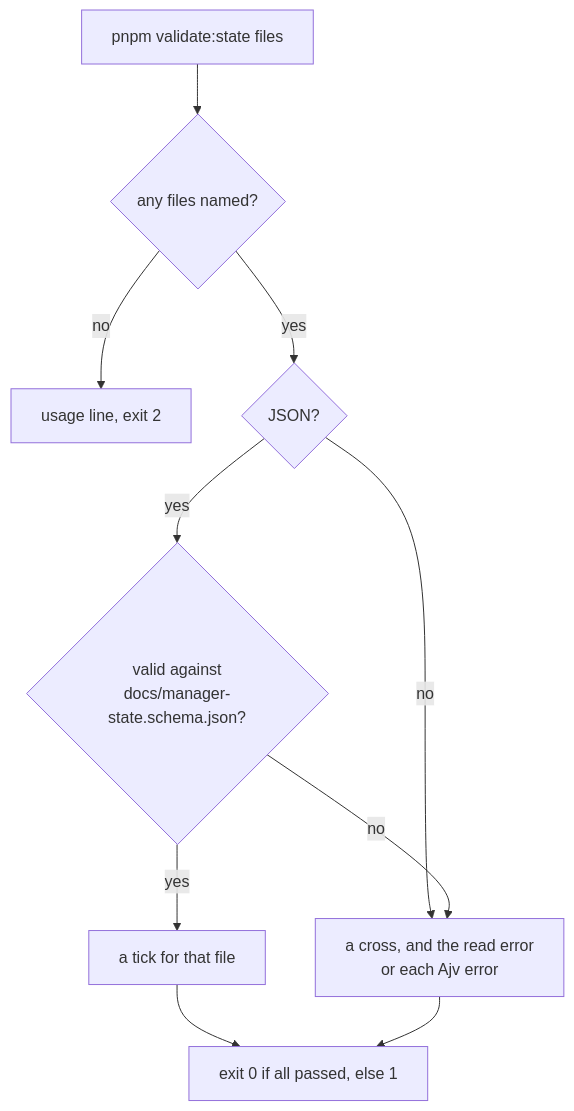
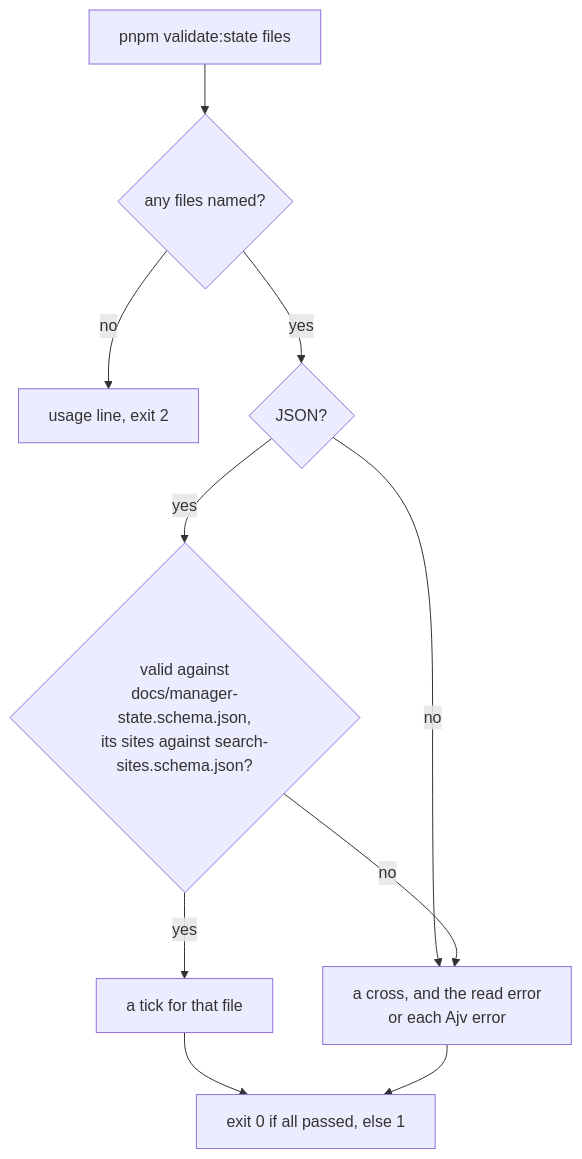
Before and after one commit to cutenode/localnetwork: the ninth of 9 diagrams in apps/localtoolbox/docs/diagrams/state.md, drawn with Mermaid. The commit also changed other lines of this file and 1 other file, not shown here.

First line of the commit message:
docs(localtoolbox): add the search sites to the import, validation and settings diagrams

````diff
--- a/apps/localtoolbox/docs/diagrams/state.md
+++ b/apps/localtoolbox/docs/diagrams/state.md
@@ -253,21 +253,21 @@
 ```mermaid
 flowchart TD
   Run["pnpm validate:state files"]
   Any{"any files named?"}
   Usage["usage line, exit 2"]
   Parse{"JSON?"}
-  Ajv{"valid against<br/>docs/manager-state.schema.json?"}
+  Ajv{"valid against<br/>docs/manager-state.schema.json,<br/>its sites against search-sites.schema.json?"}
   Good["a tick for that file"]
   Bad["a cross, and the read error<br/>or each Ajv error"]
   Exit["exit 0 if all passed, else 1"]
 
   Run --> Any
   Any -->|no| Usage
   Any -->|yes| Parse
   Parse -->|no| Bad
   Parse -->|yes| Ajv
   Ajv -->|yes| Good
   Ajv -->|no| Bad
   Good --> Exit
   Bad --> Exit
 ```
````
